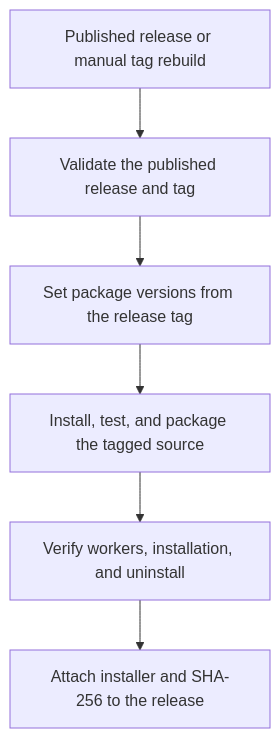
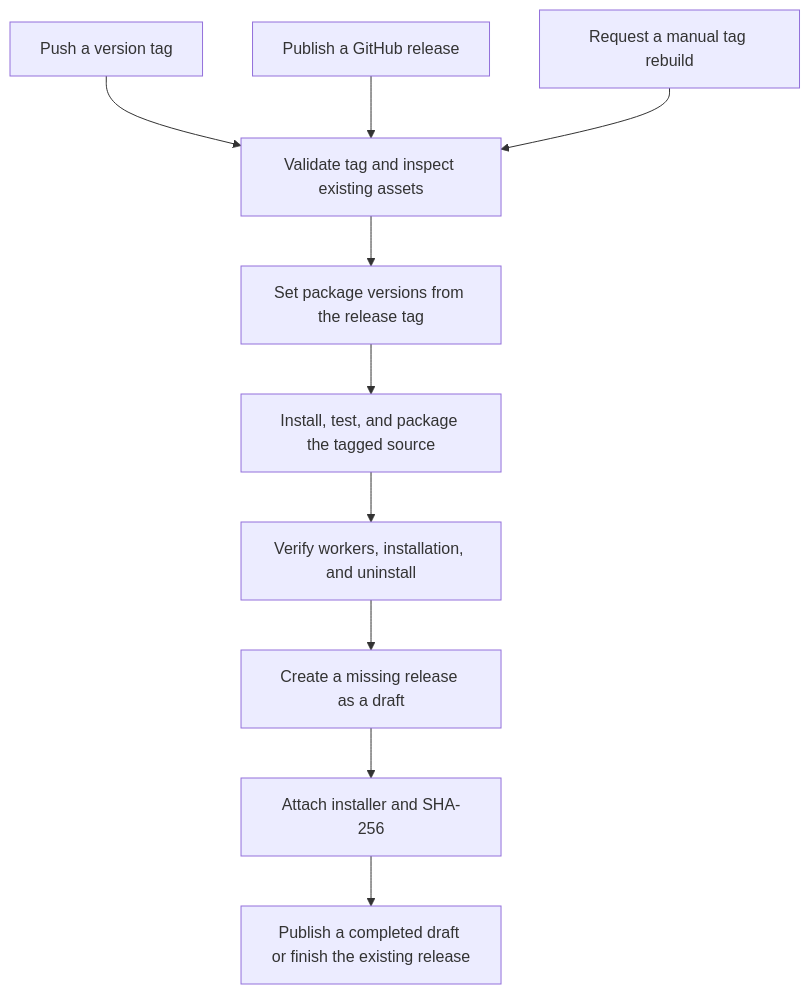
One commit to Dewmith/Narruvo changed the diagram in docs/packaging.md. Above: the diagram before and after it, drawn with Mermaid. The commit also changed other lines of this file and 4 other files, not shown here.

Commit message:
Support tag-driven and release-driven Windows publishing

````diff
--- a/docs/packaging.md
+++ b/docs/packaging.md
@@ -75,10 +77,17 @@
 ```{mermaid}
 flowchart TB
-    Release["Published release or manual tag rebuild"]
-    Tag["Validate the published release and tag"]
+    Push["Push a version tag"]
+    Release["Publish a GitHub release"]
+    Manual["Request a manual tag rebuild"]
+    Tag["Validate tag and inspect existing assets"]
     Version["Set package versions from the release tag"]
     Build["Install, test, and package the tagged source"]
     Verify["Verify workers, installation, and uninstall"]
-    Assets["Attach installer and SHA-256 to the release"]
-    Release --> Tag --> Version --> Build --> Verify --> Assets
+    Draft["Create a missing release as a draft"]
+    Assets["Attach installer and SHA-256"]
+    Publish["Publish a completed draft or finish the existing release"]
+    Push --> Tag
+    Release --> Tag
+    Manual --> Tag
+    Tag --> Version --> Build --> Verify --> Draft --> Assets --> Publish
 ```
````
